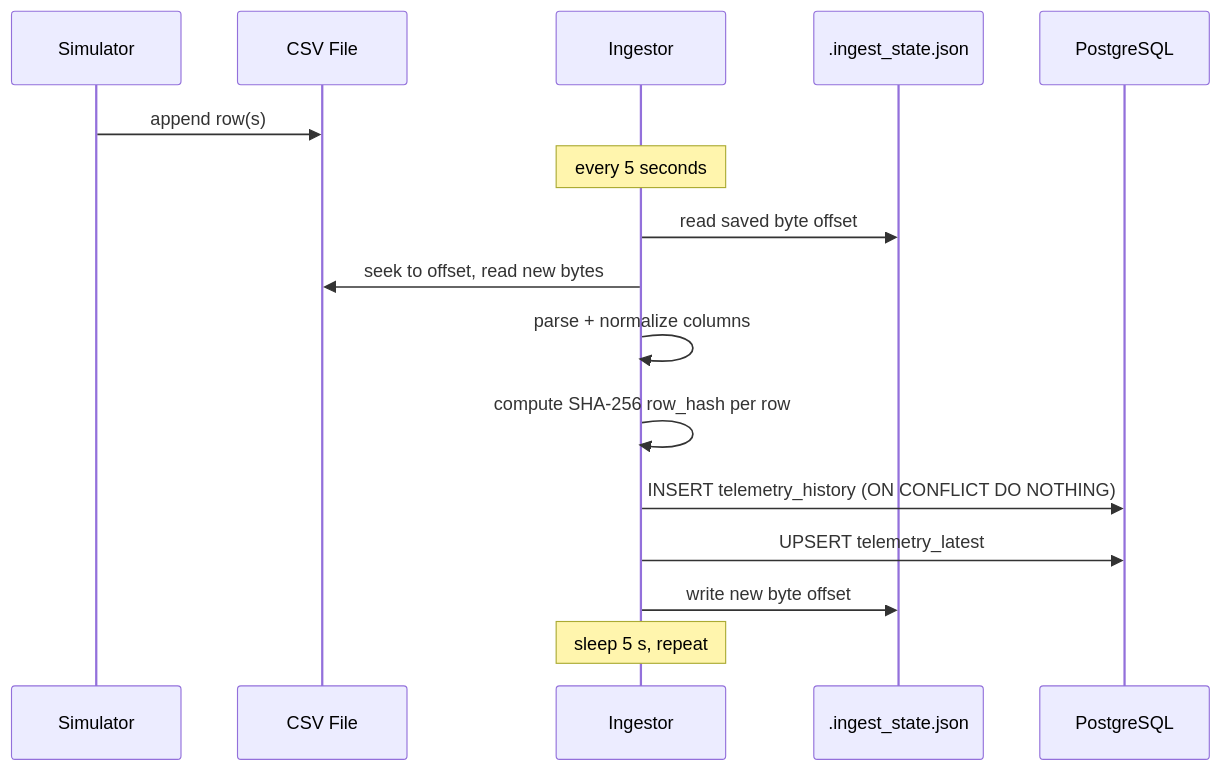
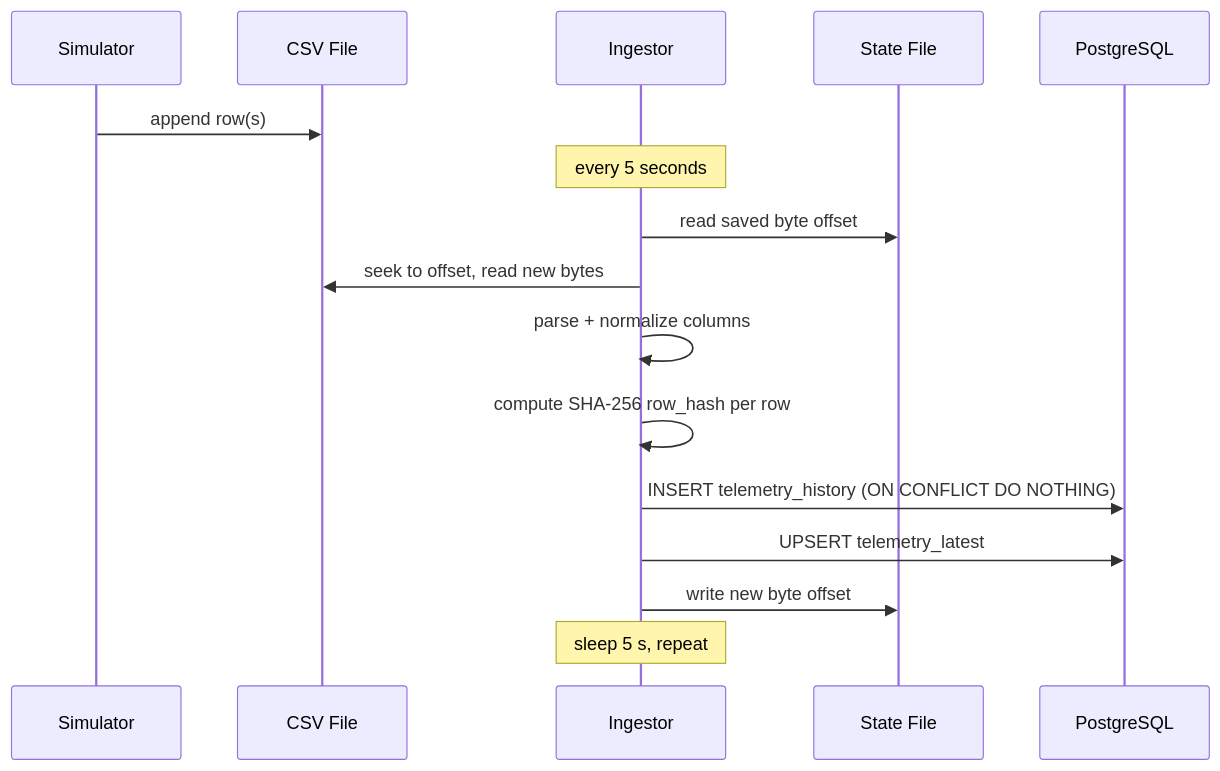
Before and after one commit to kushalmae/posgres_grafana_project: the second of 2 diagrams in wiki/02-data-flow.md, drawn with Mermaid. The commit also changed 2 other files, not shown here.

Commit message:
Fix Mermaid syntax errors that prevented GitHub rendering
- erDiagram: remove \n from relationship label (invalid syntax)
- sequenceDiagram: fix participant alias starting with . (parser break)
- flowchart: replace unquoted < in decision label (treated as HTML tag)
- flowchart: remove unicode ≈ and × (encoding issues in GitHub renderer)
- flowchart: restructure loop so one node does not fork to both file
  processing and purge check simultaneously (ambiguous topology)
- data volume model: replace broken graph LR with plain text calculation

https://claude.ai/code/session_01P7umoWzyVV5cWq2RKeKeki

````diff
--- a/wiki/02-data-flow.md
+++ b/wiki/02-data-flow.md
@@ -45,20 +45,20 @@
 ```mermaid
 sequenceDiagram
     participant Sim  as Simulator
     participant CSV  as CSV File
     participant Ing  as Ingestor
-    participant State as .ingest_state.json
+    participant State as State File
     participant PG   as PostgreSQL
 
     Sim  ->> CSV  : append row(s)
 
     Note over Ing: every 5 seconds
     Ing  ->> State: read saved byte offset
     Ing  ->> CSV  : seek to offset, read new bytes
     Ing  ->> Ing  : parse + normalize columns
     Ing  ->> Ing  : compute SHA-256 row_hash per row
     Ing  ->> PG   : INSERT telemetry_history (ON CONFLICT DO NOTHING)
     Ing  ->> PG   : UPSERT telemetry_latest
     Ing  ->> State: write new byte offset
     Note over Ing: sleep 5 s, repeat
 ```
````
